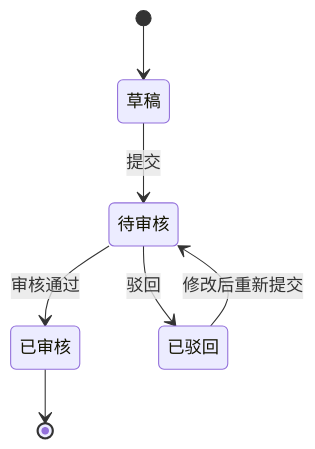
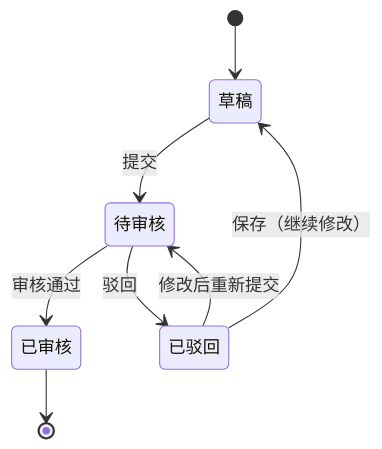
Before and after one commit to TopVitamin/QS-ERP-Project: the second of 2 diagrams in 04-产品设计方案/20260812-ERP项目第一版框架搭建/需求文档PRD/6-价格管理/采购价格调整单/采购价格调整单主PRD.md, drawn with Mermaid. The commit also changed other lines of this file and 233 other files, not shown here.

````diff
--- a/04-产品设计方案/20260812-ERP项目第一版框架搭建/需求文档PRD/6-价格管理/采购价格调整单/采购价格调整单主PRD.md
+++ b/04-产品设计方案/20260812-ERP项目第一版框架搭建/需求文档PRD/6-价格管理/采购价格调整单/采购价格调整单主PRD.md
@@ -157,9 +157,10 @@
 ```mermaid
 stateDiagram-v2
     [*] --> 草稿
     草稿 --> 待审核: 提交
     待审核 --> 已审核: 审核通过
     待审核 --> 已驳回: 驳回
+    已驳回 --> 草稿: 保存（继续修改）
     已驳回 --> 待审核: 修改后重新提交
     已审核 --> [*]
 ```
````
